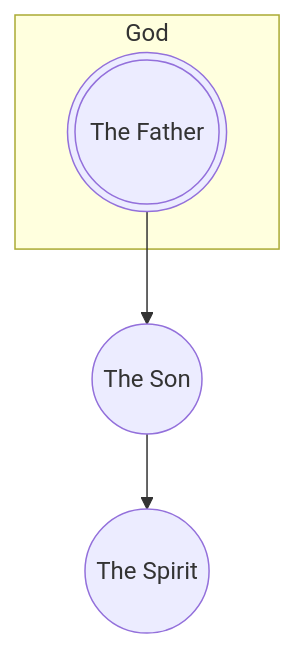
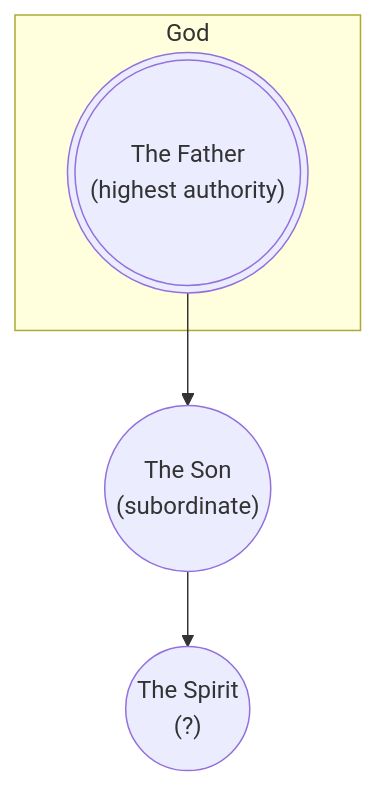
Before and after one commit to life-and-dev/son: the fourth of 8 diagrams in trinity/development.md, drawn with Mermaid. The commit also changed 13 other files, not shown here.

````diff
--- a/trinity/development.md
+++ b/trinity/development.md
@@ -175,7 +175,7 @@
 ```mermaid
 graph TD
     subgraph God["God"]
-        Father(((The Father)))
+        Father((("The Father\n(highest authority)")))
     end
-    Father --> Son((The Son)) --> Spirit((The Spirit))
+    Father --> Son(("The Son\n(subordinate)")) --> Spirit(("The Spirit\n(?)"))
 ```
````
